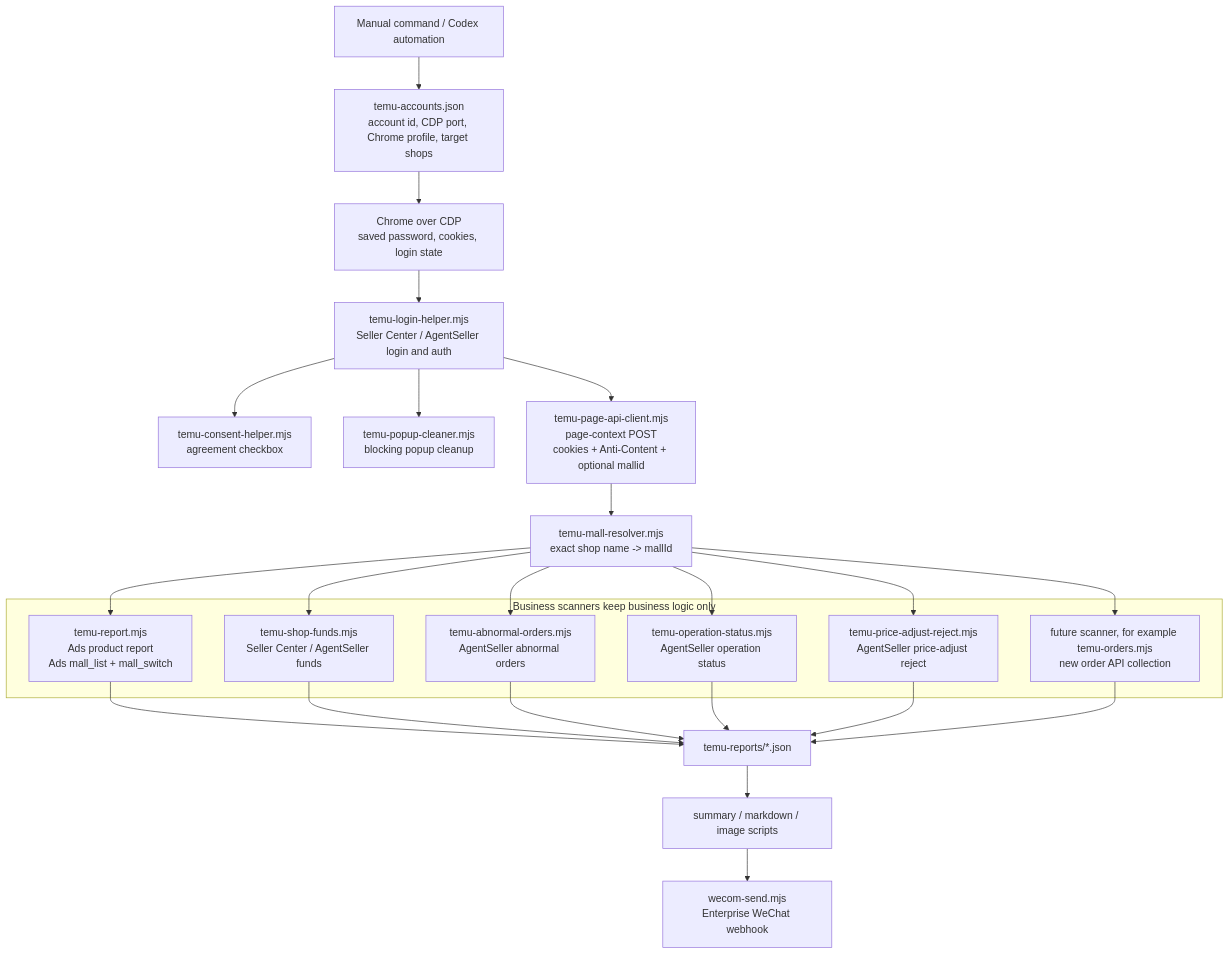
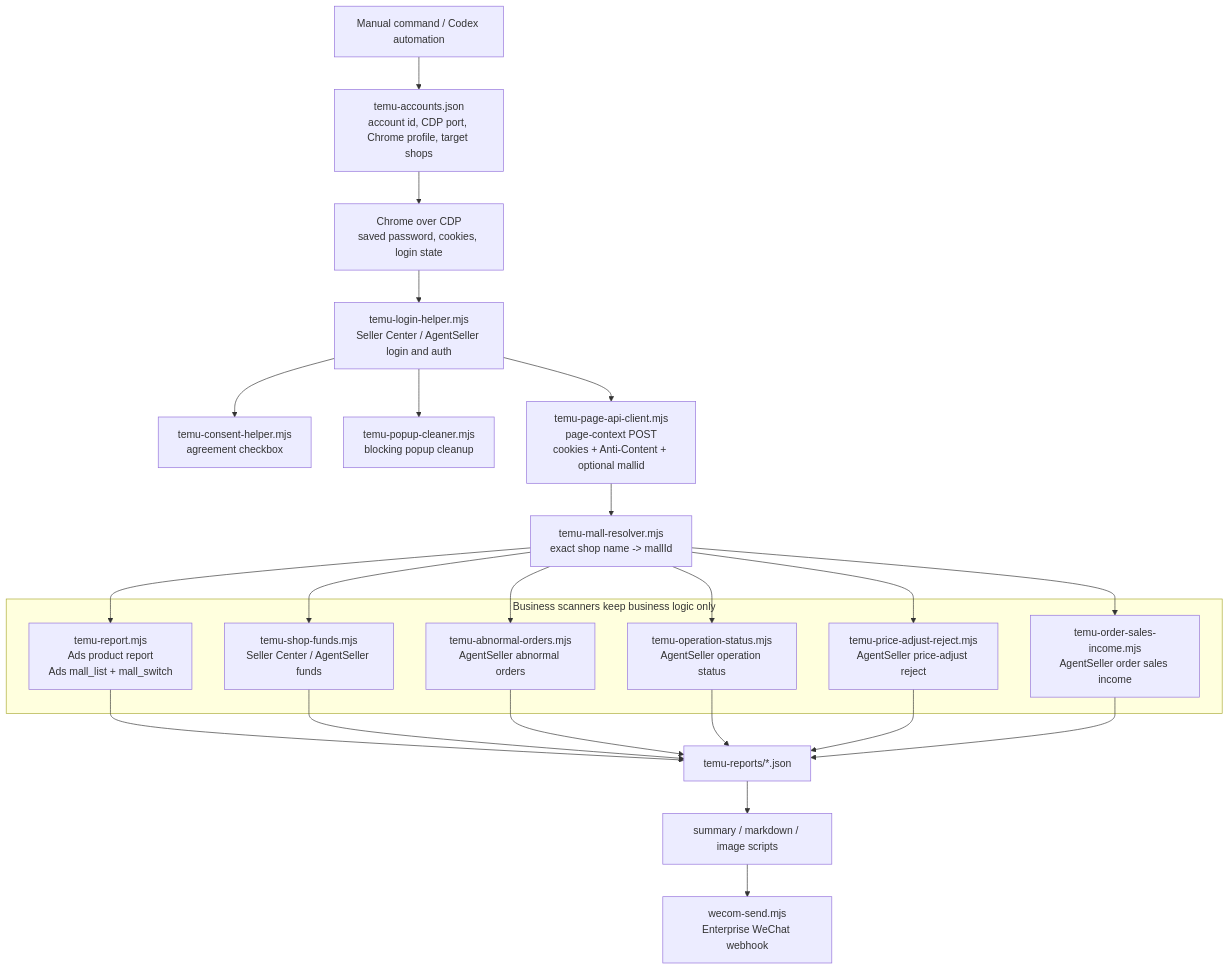
Before and after one commit to vurelee/ReportDaily: the diagram in DEVELOPMENT_MEMORY.md, drawn with Mermaid. The commit also changed other lines of this file and 1 other file, not shown here.

Commit message:
Document order sales income scanner workflow

````diff
--- a/DEVELOPMENT_MEMORY.md
+++ b/DEVELOPMENT_MEMORY.md
@@ -13,47 +13,47 @@
 ```mermaid
 flowchart TB
   Command["Manual command / Codex automation"]
   Config["temu-accounts.json<br/>account id, CDP port, Chrome profile, target shops"]
   CDP["Chrome over CDP<br/>saved password, cookies, login state"]
 
   Login["temu-login-helper.mjs<br/>Seller Center / AgentSeller login and auth"]
   Consent["temu-consent-helper.mjs<br/>agreement checkbox"]
   Popup["temu-popup-cleaner.mjs<br/>blocking popup cleanup"]
 
   PageApi["temu-page-api-client.mjs<br/>page-context POST<br/>cookies + Anti-Content + optional mallid"]
   MallResolver["temu-mall-resolver.mjs<br/>exact shop name -> mallId"]
 
   Command --> Config
   Config --> CDP
   CDP --> Login
   Login --> Consent
   Login --> Popup
   Login --> PageApi
   PageApi --> MallResolver
 
   subgraph BusinessScanners["Business scanners keep business logic only"]
     Product["temu-report.mjs<br/>Ads product report<br/>Ads mall_list + mall_switch"]
     Funds["temu-shop-funds.mjs<br/>Seller Center / AgentSeller funds"]
     Abnormal["temu-abnormal-orders.mjs<br/>AgentSeller abnormal orders"]
     Operation["temu-operation-status.mjs<br/>AgentSeller operation status"]
     Price["temu-price-adjust-reject.mjs<br/>AgentSeller price-adjust reject"]
-    Future["future scanner, for example temu-orders.mjs<br/>new order API collection"]
+    OrderIncome["temu-order-sales-income.mjs<br/>AgentSeller order sales income"]
   end
 
   MallResolver --> Product
   MallResolver --> Funds
   MallResolver --> Abnormal
   MallResolver --> Operation
   MallResolver --> Price
-  MallResolver --> Future
+  MallResolver --> OrderIncome
 
   Product --> Reports["temu-reports/*.json"]
   Funds --> Reports
   Abnormal --> Reports
   Operation --> Reports
   Price --> Reports
-  Future --> Reports
+  OrderIncome --> Reports
 
   Reports --> Summary["summary / markdown / image scripts"]
   Summary --> WeCom["wecom-send.mjs<br/>Enterprise WeChat webhook"]
 ```
````
